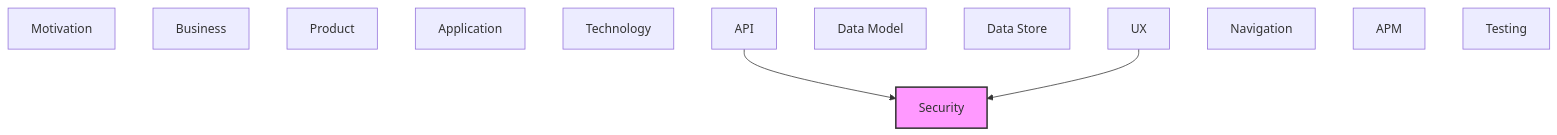
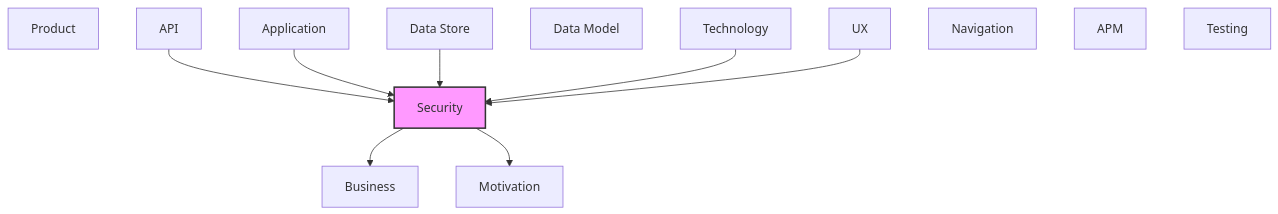
Before and after one commit to tinkermonkey/context-studio: the second of 2 diagrams in documentation-robotics/reports/04-security-layer-report.md, drawn with Mermaid. The commit also changed other lines of this file and 93 other files, not shown here.

````diff
--- a/documentation-robotics/reports/04-security-layer-report.md
+++ b/documentation-robotics/reports/04-security-layer-report.md
@@ -56,20 +132,25 @@
 ```mermaid
 flowchart TB
   classDef current fill:#f9f,stroke:#333,stroke-width:2px
   motivation["Motivation"]
   business["Business"]
   product["Product"]
   security["Security"]
   application["Application"]
   technology["Technology"]
   api["API"]
   data_model["Data Model"]
   data_store["Data Store"]
   ux["UX"]
   navigation["Navigation"]
   apm["APM"]
   testing["Testing"]
   api --> security
+  application --> security
+  data_store --> security
+  security --> business
+  security --> motivation
+  technology --> security
   ux --> security
   class security current
 ```
````
